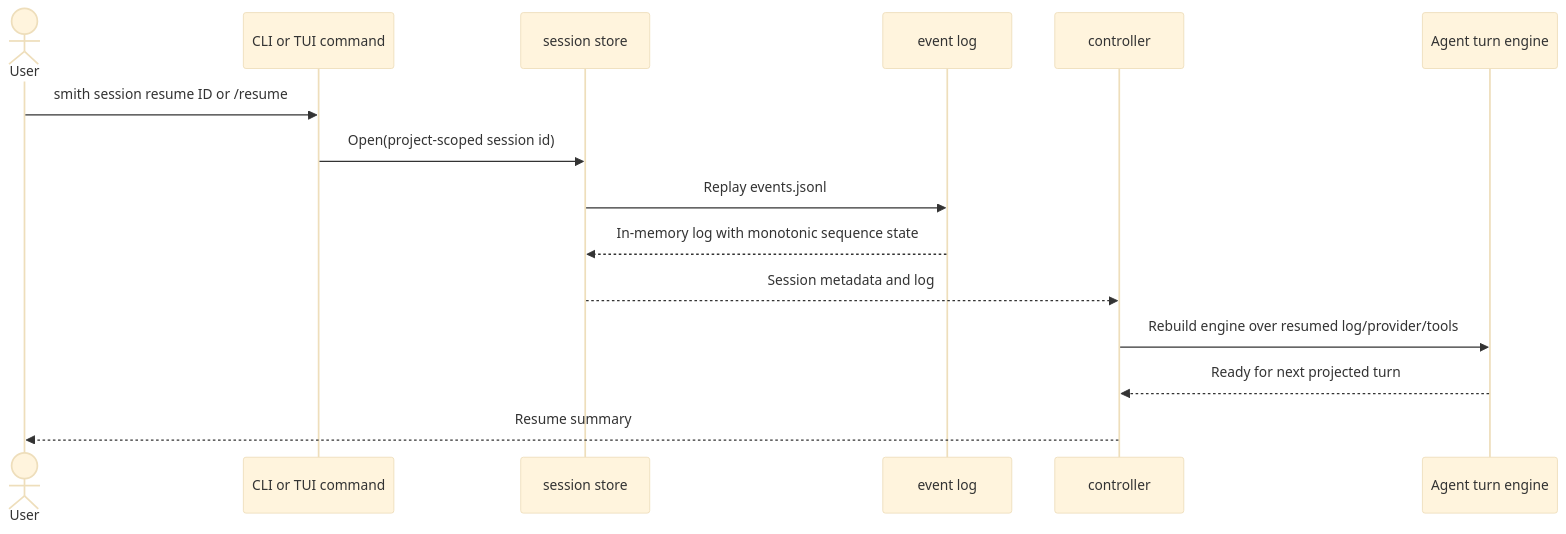
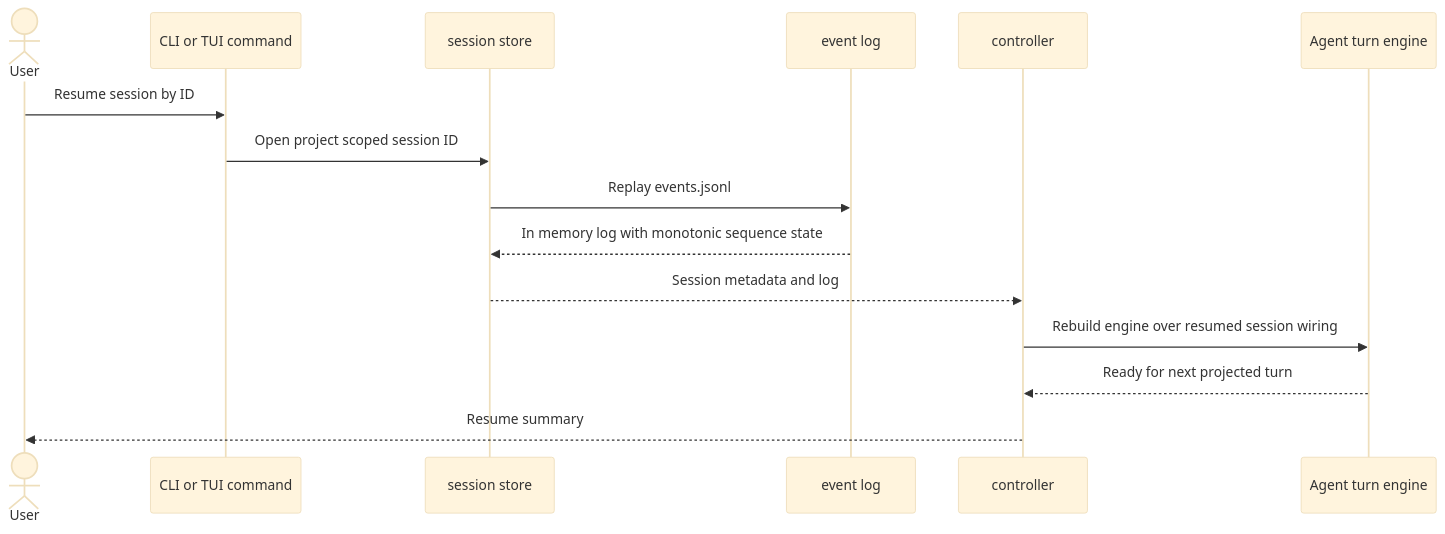
One commit to tonitienda/agent-smith changed the third of 4 diagrams in docs/architecture/runtime-flows.md. Above: the diagram before and after it, drawn with Mermaid (base theme). The commit also changed other lines of this file, not shown here.

Commit message:
docs: sanitize mermaid sequence labels

````diff
--- a/docs/architecture/runtime-flows.md
+++ b/docs/architecture/runtime-flows.md
@@ -65,18 +65,18 @@
 ```mermaid
 sequenceDiagram
     actor User
     participant CommandFace as CLI or TUI command
     participant SessionStore as session store
     participant EventLog as event log
     participant ChatController as controller
     participant AgentLoop as Agent turn engine
 
-    User->>CommandFace: smith session resume ID or /resume
-    CommandFace->>SessionStore: Open(project-scoped session id)
+    User->>CommandFace: Resume session by ID
+    CommandFace->>SessionStore: Open project scoped session ID
     SessionStore->>EventLog: Replay events.jsonl
-    EventLog-->>SessionStore: In-memory log with monotonic sequence state
+    EventLog-->>SessionStore: In memory log with monotonic sequence state
     SessionStore-->>ChatController: Session metadata and log
-    ChatController->>AgentLoop: Rebuild engine over resumed log/provider/tools
+    ChatController->>AgentLoop: Rebuild engine over resumed session wiring
     AgentLoop-->>ChatController: Ready for next projected turn
     ChatController-->>User: Resume summary
 ```
````
